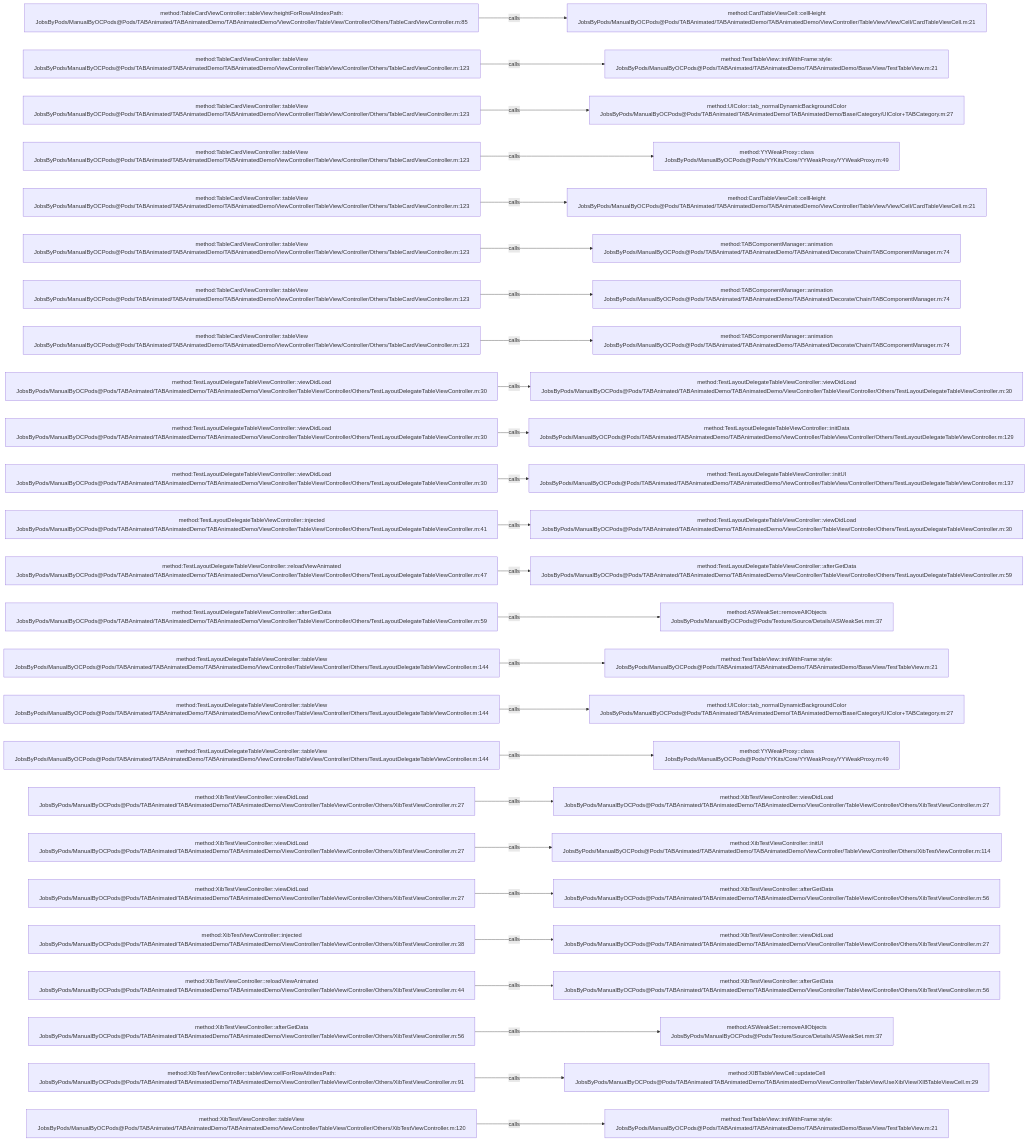
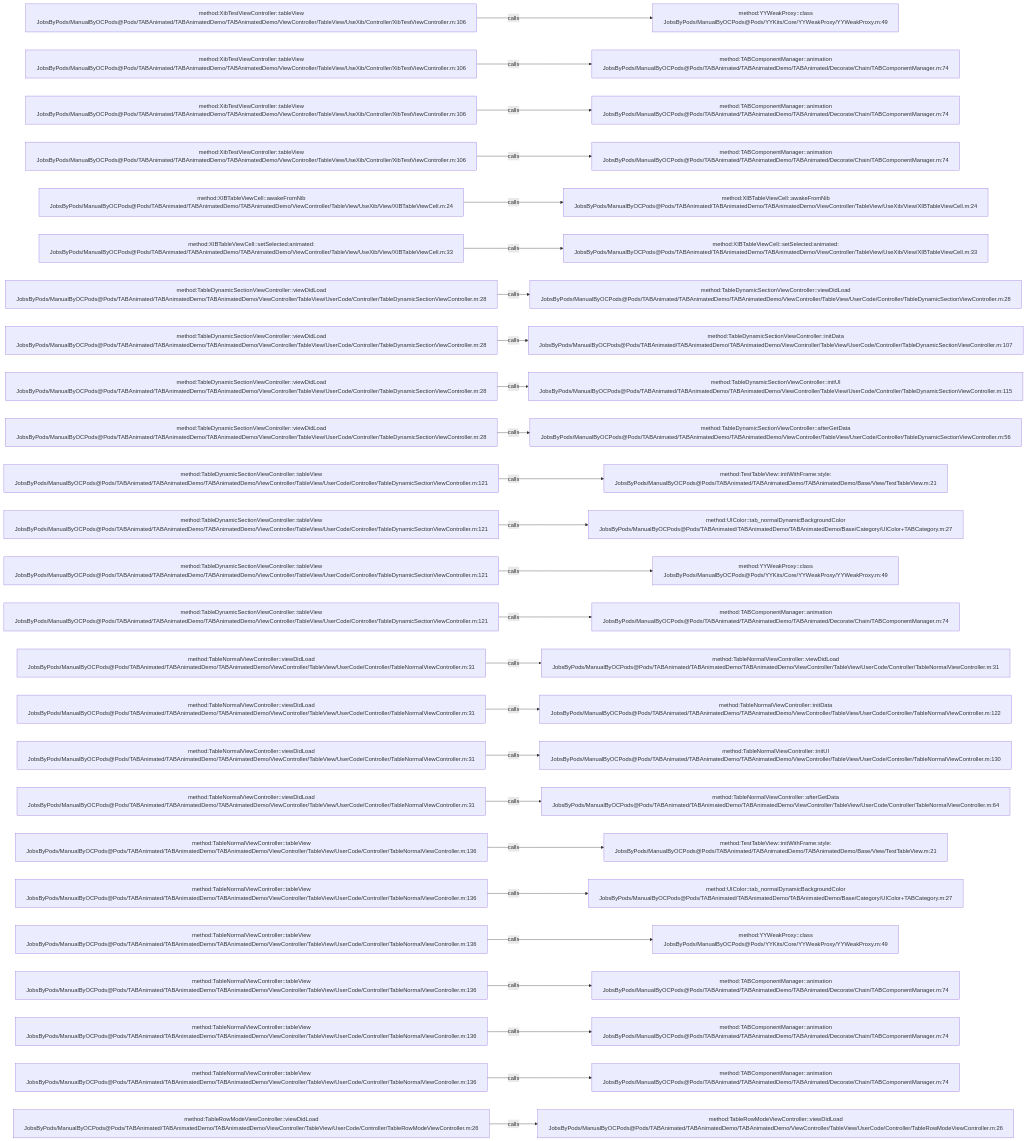
Before and after one commit to JobsKits/JobsOCBaseConfigDemo: the diagram in .codegraph/codegraph.md/graphs/calls-051.md, drawn with Mermaid. The commit also changed 2723 other files, not shown here.

````diff
--- a/.codegraph/codegraph.md/graphs/calls-051.md
+++ b/.codegraph/codegraph.md/graphs/calls-051.md
@@ -13,78 +13,78 @@
 ```mermaid
 flowchart LR
-  S1["method:TableCardViewController::tableView:heightForRowAtIndexPath:<br/>JobsByPods/ManualByOCPods@Pods/TABAnimated/TABAnimatedDemo/TABAnimatedDemo/ViewController/TableView/Controller/Others/TableCardViewController.m:85"]
-  T1["method:CardTableViewCell::cellHeight<br/>JobsByPods/ManualByOCPods@Pods/TABAnimated/TABAnimatedDemo/TABAnimatedDemo/ViewController/TableView/View/Cell/CardTableViewCell.m:21"]
+  S1["method:XibTestViewController::tableView<br/>JobsByPods/ManualByOCPods@Pods/TABAnimated/TABAnimatedDemo/TABAnimatedDemo/ViewController/TableView/UseXib/Controller/XibTestViewController.m:106"]
+  T1["method:YYWeakProxy::class<br/>JobsByPods/ManualByOCPods@Pods/YYKits/Core/YYWeakProxy/YYWeakProxy.m:49"]
   S1 -->|calls| T1
-  S2["method:TableCardViewController::tableView<br/>JobsByPods/ManualByOCPods@Pods/TABAnimated/TABAnimatedDemo/TABAnimatedDemo/ViewController/TableView/Controller/Others/TableCardViewController.m:123"]
-  T2["method:TestTableView::initWithFrame:style:<br/>JobsByPods/ManualByOCPods@Pods/TABAnimated/TABAnimatedDemo/TABAnimatedDemo/Base/View/TestTableView.m:21"]
+  S2["method:XibTestViewController::tableView<br/>JobsByPods/ManualByOCPods@Pods/TABAnimated/TABAnimatedDemo/TABAnimatedDemo/ViewController/TableView/UseXib/Controller/XibTestViewController.m:106"]
+  T2["method:TABComponentManager::animation<br/>JobsByPods/ManualByOCPods@Pods/TABAnimated/TABAnimatedDemo/TABAnimated/Decorate/Chain/TABComponentManager.m:74"]
   S2 -->|calls| T2
-  S3["method:TableCardViewController::tableView<br/>JobsByPods/ManualByOCPods@Pods/TABAnimated/TABAnimatedDemo/TABAnimatedDemo/ViewController/TableView/Controller/Others/TableCardViewController.m:123"]
-  T3["method:UIColor::tab_normalDynamicBackgroundColor<br/>JobsByPods/ManualByOCPods@Pods/TABAnimated/TABAnimatedDemo/TABAnimatedDemo/Base/Category/UIColor+TABCategory.m:27"]
+  S3["method:XibTestViewController::tableView<br/>JobsByPods/ManualByOCPods@Pods/TABAnimated/TABAnimatedDemo/TABAnimatedDemo/ViewController/TableView/UseXib/Controller/XibTestViewController.m:106"]
+  T3["method:TABComponentManager::animation<br/>JobsByPods/ManualByOCPods@Pods/TABAnimated/TABAnimatedDemo/TABAnimated/Decorate/Chain/TABComponentManager.m:74"]
   S3 -->|calls| T3
-  S4["method:TableCardViewController::tableView<br/>JobsByPods/ManualByOCPods@Pods/TABAnimated/TABAnimatedDemo/TABAnimatedDemo/ViewController/TableView/Controller/Others/TableCardViewController.m:123"]
-  T4["method:YYWeakProxy::class<br/>JobsByPods/ManualByOCPods@Pods/YYKits/Core/YYWeakProxy/YYWeakProxy.m:49"]
+  S4["method:XibTestViewController::tableView<br/>JobsByPods/ManualByOCPods@Pods/TABAnimated/TABAnimatedDemo/TABAnimatedDemo/ViewController/TableView/UseXib/Controller/XibTestViewController.m:106"]
+  T4["method:TABComponentManager::animation<br/>JobsByPods/ManualByOCPods@Pods/TABAnimated/TABAnimatedDemo/TABAnimated/Decorate/Chain/TABComponentManager.m:74"]
   S4 -->|calls| T4
-  S5["method:TableCardViewController::tableView<br/>JobsByPods/ManualByOCPods@Pods/TABAnimated/TABAnimatedDemo/TABAnimatedDemo/ViewController/TableView/Controller/Others/TableCardViewController.m:123"]
-  T5["method:CardTableViewCell::cellHeight<br/>JobsByPods/ManualByOCPods@Pods/TABAnimated/TABAnimatedDemo/TABAnimatedDemo/ViewController/TableView/View/Cell/CardTableViewCell.m:21"]
+  S5["method:XIBTableViewCell::awakeFromNib<br/>JobsByPods/ManualByOCPods@Pods/TABAnimated/TABAnimatedDemo/TABAnimatedDemo/ViewController/TableView/UseXib/View/XIBTableViewCell.m:24"]
+  T5["method:XIBTableViewCell::awakeFromNib<br/>JobsByPods/ManualByOCPods@Pods/TABAnimated/TABAnimatedDemo/TABAnimatedDemo/ViewController/TableView/UseXib/View/XIBTableViewCell.m:24"]
   S5 -->|calls| T5
-  S6["method:TableCardViewController::tableView<br/>JobsByPods/ManualByOCPods@Pods/TABAnimated/TABAnimatedDemo/TABAnimatedDemo/ViewController/TableView/Controller/Others/TableCardViewController.m:123"]
-  T6["method:TABComponentManager::animation<br/>JobsByPods/ManualByOCPods@Pods/TABAnimated/TABAnimatedDemo/TABAnimated/Decorate/Chain/TABComponentManager.m:74"]
+  S6["method:XIBTableViewCell::setSelected:animated:<br/>JobsByPods/ManualByOCPods@Pods/TABAnimated/TABAnimatedDemo/TABAnimatedDemo/ViewController/TableView/UseXib/View/XIBTableViewCell.m:33"]
+  T6["method:XIBTableViewCell::setSelected:animated:<br/>JobsByPods/ManualByOCPods@Pods/TABAnimated/TABAnimatedDemo/TABAnimatedDemo/ViewController/TableView/UseXib/View/XIBTableViewCell.m:33"]
   S6 -->|calls| T6
-  S7["method:TableCardViewController::tableView<br/>JobsByPods/ManualByOCPods@Pods/TABAnimated/TABAnimatedDemo/TABAnimatedDemo/ViewController/TableView/Controller/Others/TableCardViewController.m:123"]
-  T7["method:TABComponentManager::animation<br/>JobsByPods/ManualByOCPods@Pods/TABAnimated/TABAnimatedDemo/TABAnimated/Decorate/Chain/TABComponentManager.m:74"]
+  S7["method:TableDynamicSectionViewController::viewDidLoad<br/>JobsByPods/ManualByOCPods@Pods/TABAnimated/TABAnimatedDemo/TABAnimatedDemo/ViewController/TableView/UserCode/Controller/TableDynamicSectionViewController.m:28"]
+  T7["method:TableDynamicSectionViewController::viewDidLoad<br/>JobsByPods/ManualByOCPods@Pods/TABAnimated/TABAnimatedDemo/TABAnimatedDemo/ViewController/TableView/UserCode/Controller/TableDynamicSectionViewController.m:28"]
   S7 -->|calls| T7
-  S8["method:TableCardViewController::tableView<br/>JobsByPods/ManualByOCPods@Pods/TABAnimated/TABAnimatedDemo/TABAnimatedDemo/ViewController/TableView/Controller/Others/TableCardViewController.m:123"]
-  T8["method:TABComponentManager::animation<br/>JobsByPods/ManualByOCPods@Pods/TABAnimated/TABAnimatedDemo/TABAnimated/Decorate/Chain/TABComponentManager.m:74"]
+  S8["method:TableDynamicSectionViewController::viewDidLoad<br/>JobsByPods/ManualByOCPods@Pods/TABAnimated/TABAnimatedDemo/TABAnimatedDemo/ViewController/TableView/UserCode/Controller/TableDynamicSectionViewController.m:28"]
+  T8["method:TableDynamicSectionViewController::initData<br/>JobsByPods/ManualByOCPods@Pods/TABAnimated/TABAnimatedDemo/TABAnimatedDemo/ViewController/TableView/UserCode/Controller/TableDynamicSectionViewController.m:107"]
   S8 -->|calls| T8
-  S9["method:TestLayoutDelegateTableViewController::viewDidLoad<br/>JobsByPods/ManualByOCPods@Pods/TABAnimated/TABAnimatedDemo/TABAnimatedDemo/ViewController/TableView/Controller/Others/TestLayoutDelegateTableViewController.m:30"]
-  T9["method:TestLayoutDelegateTableViewController::viewDidLoad<br/>JobsByPods/ManualByOCPods@Pods/TABAnimated/TABAnimatedDemo/TABAnimatedDemo/ViewController/TableView/Controller/Others/TestLayoutDelegateTableViewController.m:30"]
+  S9["method:TableDynamicSectionViewController::viewDidLoad<br/>JobsByPods/ManualByOCPods@Pods/TABAnimated/TABAnimatedDemo/TABAnimatedDemo/ViewController/TableView/UserCode/Controller/TableDynamicSectionViewController.m:28"]
+  T9["method:TableDynamicSectionViewController::initUI<br/>JobsByPods/ManualByOCPods@Pods/TABAnimated/TABAnimatedDemo/TABAnimatedDemo/ViewController/TableView/UserCode/Controller/TableDynamicSectionViewController.m:115"]
   S9 -->|calls| T9
-  S10["method:TestLayoutDelegateTableViewController::viewDidLoad<br/>JobsByPods/ManualByOCPods@Pods/TABAnimated/TABAnimatedDemo/TABAnimatedDemo/ViewController/TableView/Controller/Others/TestLayoutDelegateTableViewController.m:30"]
-  T10["method:TestLayoutDelegateTableViewController::initData<br/>JobsByPods/ManualByOCPods@Pods/TABAnimated/TABAnimatedDemo/TABAnimatedDemo/ViewController/TableView/Controller/Others/TestLayoutDelegateTableViewController.m:129"]
+  S10["method:TableDynamicSectionViewController::viewDidLoad<br/>JobsByPods/ManualByOCPods@Pods/TABAnimated/TABAnimatedDemo/TABAnimatedDemo/ViewController/TableView/UserCode/Controller/TableDynamicSectionViewController.m:28"]
+  T10["method:TableDynamicSectionViewController::afterGetData<br/>JobsByPods/ManualByOCPods@Pods/TABAnimated/TABAnimatedDemo/TABAnimatedDemo/ViewController/TableView/UserCode/Controller/TableDynamicSectionViewController.m:56"]
   S10 -->|calls| T10
-  S11["method:TestLayoutDelegateTableViewController::viewDidLoad<br/>JobsByPods/ManualByOCPods@Pods/TABAnimated/TABAnimatedDemo/TABAnimatedDemo/ViewController/TableView/Controller/Others/TestLayoutDelegateTableViewController.m:30"]
-  T11["method:TestLayoutDelegateTableViewController::initUI<br/>JobsByPods/ManualByOCPods@Pods/TABAnimated/TABAnimatedDemo/TABAnimatedDemo/ViewController/TableView/Controller/Others/TestLayoutDelegateTableViewController.m:137"]
+  S11["method:TableDynamicSectionViewController::tableView<br/>JobsByPods/ManualByOCPods@Pods/TABAnimated/TABAnimatedDemo/TABAnimatedDemo/ViewController/TableView/UserCode/Controller/TableDynamicSectionViewController.m:121"]
+  T11["method:TestTableView::initWithFrame:style:<br/>JobsByPods/ManualByOCPods@Pods/TABAnimated/TABAnimatedDemo/TABAnimatedDemo/Base/View/TestTableView.m:21"]
   S11 -->|calls| T11
-  S12["method:TestLayoutDelegateTableViewController::injected<br/>JobsByPods/ManualByOCPods@Pods/TABAnimated/TABAnimatedDemo/TABAnimatedDemo/ViewController/TableView/Controller/Others/TestLayoutDelegateTableViewController.m:41"]
-  T12["method:TestLayoutDelegateTableViewController::viewDidLoad<br/>JobsByPods/ManualByOCPods@Pods/TABAnimated/TABAnimatedDemo/TABAnimatedDemo/ViewController/TableView/Controller/Others/TestLayoutDelegateTableViewController.m:30"]
+  S12["method:TableDynamicSectionViewController::tableView<br/>JobsByPods/ManualByOCPods@Pods/TABAnimated/TABAnimatedDemo/TABAnimatedDemo/ViewController/TableView/UserCode/Controller/TableDynamicSectionViewController.m:121"]
+  T12["method:UIColor::tab_normalDynamicBackgroundColor<br/>JobsByPods/ManualByOCPods@Pods/TABAnimated/TABAnimatedDemo/TABAnimatedDemo/Base/Category/UIColor+TABCategory.m:27"]
   S12 -->|calls| T12
-  S13["method:TestLayoutDelegateTableViewController::reloadViewAnimated<br/>JobsByPods/ManualByOCPods@Pods/TABAnimated/TABAnimatedDemo/TABAnimatedDemo/ViewController/TableView/Controller/Others/TestLayoutDelegateTableViewController.m:47"]
-  T13["method:TestLayoutDelegateTableViewController::afterGetData<br/>JobsByPods/ManualByOCPods@Pods/TABAnimated/TABAnimatedDemo/TABAnimatedDemo/ViewController/TableView/Controller/Others/TestLayoutDelegateTableViewController.m:59"]
+  S13["method:TableDynamicSectionViewController::tableView<br/>JobsByPods/ManualByOCPods@Pods/TABAnimated/TABAnimatedDemo/TABAnimatedDemo/ViewController/TableView/UserCode/Controller/TableDynamicSectionViewController.m:121"]
+  T13["method:YYWeakProxy::class<br/>JobsByPods/ManualByOCPods@Pods/YYKits/Core/YYWeakProxy/YYWeakProxy.m:49"]
   S13 -->|calls| T13
-  S14["method:TestLayoutDelegateTableViewController::afterGetData<br/>JobsByPods/ManualByOCPods@Pods/TABAnimated/TABAnimatedDemo/TABAnimatedDemo/ViewController/TableView/Controller/Others/TestLayoutDelegateTableViewController.m:59"]
-  T14["method:ASWeakSet::removeAllObjects<br/>JobsByPods/ManualByOCPods@Pods/Texture/Source/Details/ASWeakSet.mm:37"]
+  S14["method:TableDynamicSectionViewController::tableView<br/>JobsByPods/ManualByOCPods@Pods/TABAnimated/TABAnimatedDemo/TABAnimatedDemo/ViewController/TableView/UserCode/Controller/TableDynamicSectionViewController.m:121"]
+  T14["method:TABComponentManager::animation<br/>JobsByPods/ManualByOCPods@Pods/TABAnimated/TABAnimatedDemo/TABAnimated/Decorate/Chain/TABComponentManager.m:74"]
   S14 -->|calls| T14
-  S15["method:TestLayoutDelegateTableViewController::tableView<br/>JobsByPods/ManualByOCPods@Pods/TABAnimated/TABAnimatedDemo/TABAnimatedDemo/ViewController/TableView/Controller/Others/TestLayoutDelegateTableViewController.m:144"]
-  T15["method:TestTableView::initWithFrame:style:<br/>JobsByPods/ManualByOCPods@Pods/TABAnimated/TABAnimatedDemo/TABAnimatedDemo/Base/View/TestTableView.m:21"]
+  S15["method:TableNormalViewController::viewDidLoad<br/>JobsByPods/ManualByOCPods@Pods/TABAnimated/TABAnimatedDemo/TABAnimatedDemo/ViewController/TableView/UserCode/Controller/TableNormalViewController.m:31"]
+  T15["method:TableNormalViewController::viewDidLoad<br/>JobsByPods/ManualByOCPods@Pods/TABAnimated/TABAnimatedDemo/TABAnimatedDemo/ViewController/TableView/UserCode/Controller/TableNormalViewController.m:31"]
   S15 -->|calls| T15
-  S16["method:TestLayoutDelegateTableViewController::tableView<br/>JobsByPods/ManualByOCPods@Pods/TABAnimated/TABAnimatedDemo/TABAnimatedDemo/ViewController/TableView/Controller/Others/TestLayoutDelegateTableViewController.m:144"]
-  T16["method:UIColor::tab_normalDynamicBackgroundColor<br/>JobsByPods/ManualByOCPods@Pods/TABAnimated/TABAnimatedDemo/TABAnimatedDemo/Base/Category/UIColor+TABCategory.m:27"]
+  S16["method:TableNormalViewController::viewDidLoad<br/>JobsByPods/ManualByOCPods@Pods/TABAnimated/TABAnimatedDemo/TABAnimatedDemo/ViewController/TableView/UserCode/Controller/TableNormalViewController.m:31"]
+  T16["method:TableNormalViewController::initData<br/>JobsByPods/ManualByOCPods@Pods/TABAnimated/TABAnimatedDemo/TABAnimatedDemo/ViewController/TableView/UserCode/Controller/TableNormalViewController.m:122"]
   S16 -->|calls| T16
-  S17["method:TestLayoutDelegateTableViewController::tableView<br/>JobsByPods/ManualByOCPods@Pods/TABAnimated/TABAnimatedDemo/TABAnimatedDemo/ViewController/TableView/Controller/Others/TestLayoutDelegateTableViewController.m:144"]
-  T17["method:YYWeakProxy::class<br/>JobsByPods/ManualByOCPods@Pods/YYKits/Core/YYWeakProxy/YYWeakProxy.m:49"]
+  S17["method:TableNormalViewController::viewDidLoad<br/>JobsByPods/ManualByOCPods@Pods/TABAnimated/TABAnimatedDemo/TABAnimatedDemo/ViewController/TableView/UserCode/Controller/TableNormalViewController.m:31"]
+  T17["method:TableNormalViewController::initUI<br/>JobsByPods/ManualByOCPods@Pods/TABAnimated/TABAnimatedDemo/TABAnimatedDemo/ViewController/TableView/UserCode/Controller/TableNormalViewController.m:130"]
   S17 -->|calls| T17
-  S18["method:XibTestViewController::viewDidLoad<br/>JobsByPods/ManualByOCPods@Pods/TABAnimated/TABAnimatedDemo/TABAnimatedDemo/ViewController/TableView/Controller/Others/XibTestViewController.m:27"]
-  T18["method:XibTestViewController::viewDidLoad<br/>JobsByPods/ManualByOCPods@Pods/TABAnimated/TABAnimatedDemo/TABAnimatedDemo/ViewController/TableView/Controller/Others/XibTestViewController.m:27"]
+  S18["method:TableNormalViewController::viewDidLoad<br/>JobsByPods/ManualByOCPods@Pods/TABAnimated/TABAnimatedDemo/TABAnimatedDemo/ViewController/TableView/UserCode/Controller/TableNormalViewController.m:31"]
+  T18["method:TableNormalViewController::afterGetData<br/>JobsByPods/ManualByOCPods@Pods/TABAnimated/TABAnimatedDemo/TABAnimatedDemo/ViewController/TableView/UserCode/Controller/TableNormalViewController.m:64"]
   S18 -->|calls| T18
-  S19["method:XibTestViewController::viewDidLoad<br/>JobsByPods/ManualByOCPods@Pods/TABAnimated/TABAnimatedDemo/TABAnimatedDemo/ViewController/TableView/Controller/Others/XibTestViewController.m:27"]
-  T19["method:XibTestViewController::initUI<br/>JobsByPods/ManualByOCPods@Pods/TABAnimated/TABAnimatedDemo/TABAnimatedDemo/ViewController/TableView/Controller/Others/XibTestViewController.m:114"]
+  S19["method:TableNormalViewController::tableView<br/>JobsByPods/ManualByOCPods@Pods/TABAnimated/TABAnimatedDemo/TABAnimatedDemo/ViewController/TableView/UserCode/Controller/TableNormalViewController.m:136"]
+  T19["method:TestTableView::initWithFrame:style:<br/>JobsByPods/ManualByOCPods@Pods/TABAnimated/TABAnimatedDemo/TABAnimatedDemo/Base/View/TestTableView.m:21"]
   S19 -->|calls| T19
-  S20["method:XibTestViewController::viewDidLoad<br/>JobsByPods/ManualByOCPods@Pods/TABAnimated/TABAnimatedDemo/TABAnimatedDemo/ViewController/TableView/Controller/Others/XibTestViewController.m:27"]
-  T20["method:XibTestViewController::afterGetData<br/>JobsByPods/ManualByOCPods@Pods/TABAnimated/TABAnimatedDemo/TABAnimatedDemo/ViewController/TableView/Controller/Others/XibTestViewController.m:56"]
+  S20["method:TableNormalViewController::tableView<br/>JobsByPods/ManualByOCPods@Pods/TABAnimated/TABAnimatedDemo/TABAnimatedDemo/ViewController/TableView/UserCode/Controller/TableNormalViewController.m:136"]
+  T20["method:UIColor::tab_normalDynamicBackgroundColor<br/>JobsByPods/ManualByOCPods@Pods/TABAnimated/TABAnimatedDemo/TABAnimatedDemo/Base/Category/UIColor+TABCategory.m:27"]
   S20 -->|calls| T20
-  S21["method:XibTestViewController::injected<br/>JobsByPods/ManualByOCPods@Pods/TABAnimated/TABAnimatedDemo/TABAnimatedDemo/ViewController/TableView/Controller/Others/XibTestViewController.m:38"]
-  T21["method:XibTestViewController::viewDidLoad<br/>JobsByPods/ManualByOCPods@Pods/TABAnimated/TABAnimatedDemo/TABAnimatedDemo/ViewController/TableView/Controller/Others/XibTestViewController.m:27"]
+  S21["method:TableNormalViewController::tableView<br/>JobsByPods/ManualByOCPods@Pods/TABAnimated/TABAnimatedDemo/TABAnimatedDemo/ViewController/TableView/UserCode/Controller/TableNormalViewController.m:136"]
+  T21["method:YYWeakProxy::class<br/>JobsByPods/ManualByOCPods@Pods/YYKits/Core/YYWeakProxy/YYWeakProxy.m:49"]
   S21 -->|calls| T21
-  S22["method:XibTestViewController::reloadViewAnimated<br/>JobsByPods/ManualByOCPods@Pods/TABAnimated/TABAnimatedDemo/TABAnimatedDemo/ViewController/TableView/Controller/Others/XibTestViewController.m:44"]
-  T22["method:XibTestViewController::afterGetData<br/>JobsByPods/ManualByOCPods@Pods/TABAnimated/TABAnimatedDemo/TABAnimatedDemo/ViewController/TableView/Controller/Others/XibTestViewController.m:56"]
+  S22["method:TableNormalViewController::tableView<br/>JobsByPods/ManualByOCPods@Pods/TABAnimated/TABAnimatedDemo/TABAnimatedDemo/ViewController/TableView/UserCode/Controller/TableNormalViewController.m:136"]
+  T22["method:TABComponentManager::animation<br/>JobsByPods/ManualByOCPods@Pods/TABAnimated/TABAnimatedDemo/TABAnimated/Decorate/Chain/TABComponentManager.m:74"]
   S22 -->|calls| T22
-  S23["method:XibTestViewController::afterGetData<br/>JobsByPods/ManualByOCPods@Pods/TABAnimated/TABAnimatedDemo/TABAnimatedDemo/ViewController/TableView/Controller/Others/XibTestViewController.m:56"]
-  T23["method:ASWeakSet::removeAllObjects<br/>JobsByPods/ManualByOCPods@Pods/Texture/Source/Details/ASWeakSet.mm:37"]
+  S23["method:TableNormalViewController::tableView<br/>JobsByPods/ManualByOCPods@Pods/TABAnimated/TABAnimatedDemo/TABAnimatedDemo/ViewController/TableView/UserCode/Controller/TableNormalViewController.m:136"]
+  T23["method:TABComponentManager::animation<br/>JobsByPods/ManualByOCPods@Pods/TABAnimated/TABAnimatedDemo/TABAnimated/Decorate/Chain/TABComponentManager.m:74"]
   S23 -->|calls| T23
-  S24["method:XibTestViewController::tableView:cellForRowAtIndexPath:<br/>JobsByPods/ManualByOCPods@Pods/TABAnimated/TABAnimatedDemo/TABAnimatedDemo/ViewController/TableView/Controller/Others/XibTestViewController.m:91"]
-  T24["method:XIBTableViewCell::updateCell<br/>JobsByPods/ManualByOCPods@Pods/TABAnimated/TABAnimatedDemo/TABAnimatedDemo/ViewController/TableView/UseXib/View/XIBTableViewCell.m:29"]
+  S24["method:TableNormalViewController::tableView<br/>JobsByPods/ManualByOCPods@Pods/TABAnimated/TABAnimatedDemo/TABAnimatedDemo/ViewController/TableView/UserCode/Controller/TableNormalViewController.m:136"]
+  T24["method:TABComponentManager::animation<br/>JobsByPods/ManualByOCPods@Pods/TABAnimated/TABAnimatedDemo/TABAnimated/Decorate/Chain/TABComponentManager.m:74"]
   S24 -->|calls| T24
-  S25["method:XibTestViewController::tableView<br/>JobsByPods/ManualByOCPods@Pods/TABAnimated/TABAnimatedDemo/TABAnimatedDemo/ViewController/TableView/Controller/Others/XibTestViewController.m:120"]
-  T25["method:TestTableView::initWithFrame:style:<br/>JobsByPods/ManualByOCPods@Pods/TABAnimated/TABAnimatedDemo/TABAnimatedDemo/Base/View/TestTableView.m:21"]
+  S25["method:TableRowModeViewController::viewDidLoad<br/>JobsByPods/ManualByOCPods@Pods/TABAnimated/TABAnimatedDemo/TABAnimatedDemo/ViewController/TableView/UserCode/Controller/TableRowModeViewController.m:26"]
+  T25["method:TableRowModeViewController::viewDidLoad<br/>JobsByPods/ManualByOCPods@Pods/TABAnimated/TABAnimatedDemo/TABAnimatedDemo/ViewController/TableView/UserCode/Controller/TableRowModeViewController.m:26"]
   S25 -->|calls| T25
 ```
````
